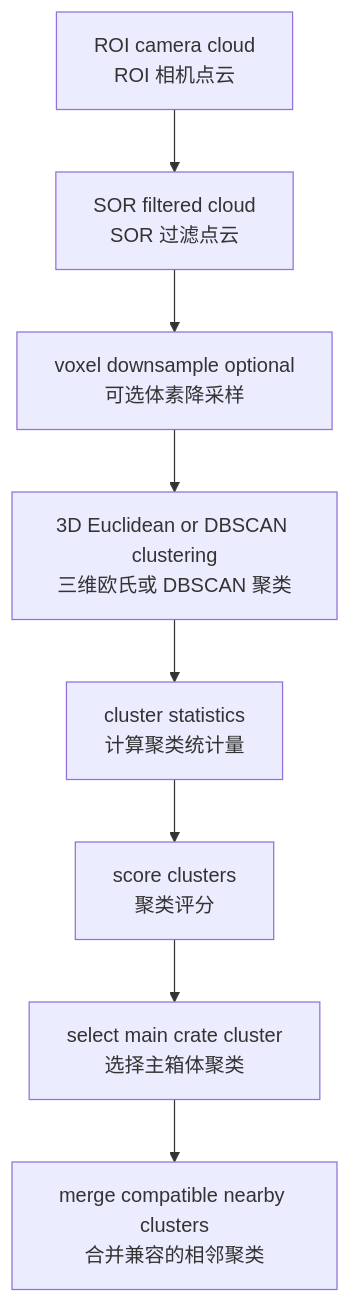
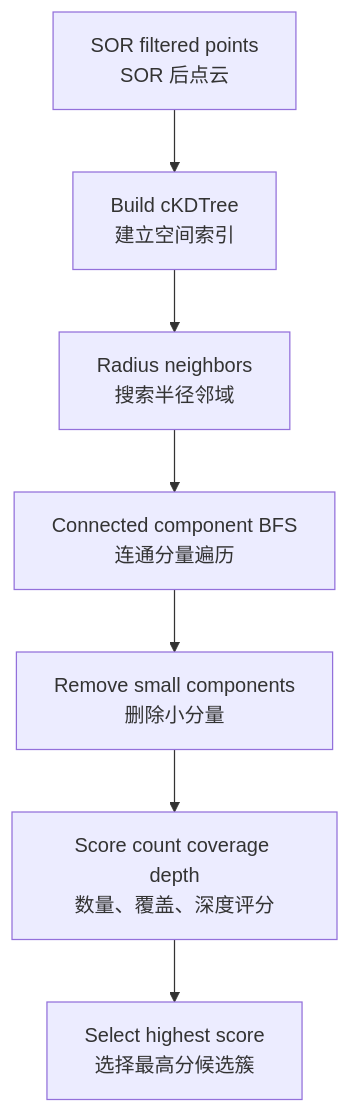
Before and after one commit to liujun0808/detect_box_ws: the second of 2 diagrams in pointcloud_filter_and_position_optimization.md, drawn with Mermaid. The commit also changed other lines of this file and 20 other files, not shown here.

```diff
--- a/pointcloud_filter_and_position_optimization.md
+++ b/pointcloud_filter_and_position_optimization.md
@@ -340,10 +254,9 @@
 ~~~mermaid
 flowchart TD
-    A[ROI camera cloud<br/>ROI 相机点云] --> B[SOR filtered cloud<br/>SOR 过滤点云]
-    B --> C[voxel downsample optional<br/>可选体素降采样]
-    C --> D[3D Euclidean or DBSCAN clustering<br/>三维欧氏或 DBSCAN 聚类]
-    D --> E[cluster statistics<br/>计算聚类统计量]
-    E --> F[score clusters<br/>聚类评分]
-    F --> G[select main crate cluster<br/>选择主箱体聚类]
-    G --> H[merge compatible nearby clusters<br/>合并兼容的相邻聚类]
+    A[SOR filtered points<br/>SOR 后点云] --> B[Build cKDTree<br/>建立空间索引]
+    B --> C[Radius neighbors<br/>搜索半径邻域]
+    C --> D[Connected component BFS<br/>连通分量遍历]
+    D --> E[Remove small components<br/>删除小分量]
+    E --> F[Score count coverage depth<br/>数量、覆盖、深度评分]
+    F --> G[Select highest score<br/>选择最高分候选簇]
 ~~~
```
